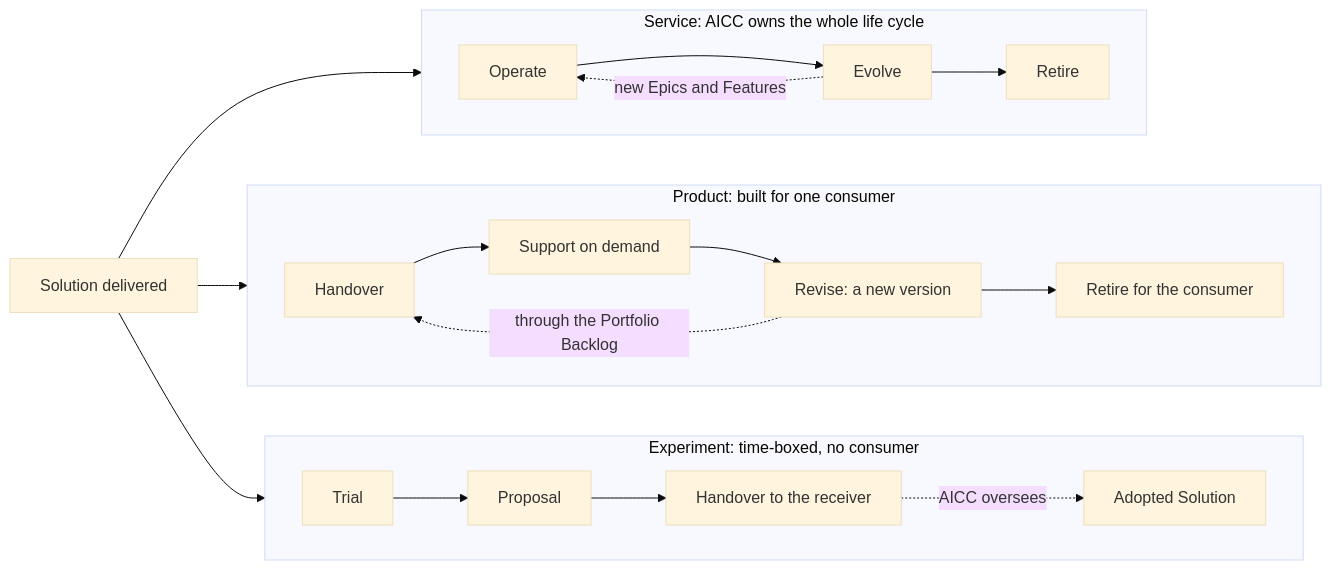
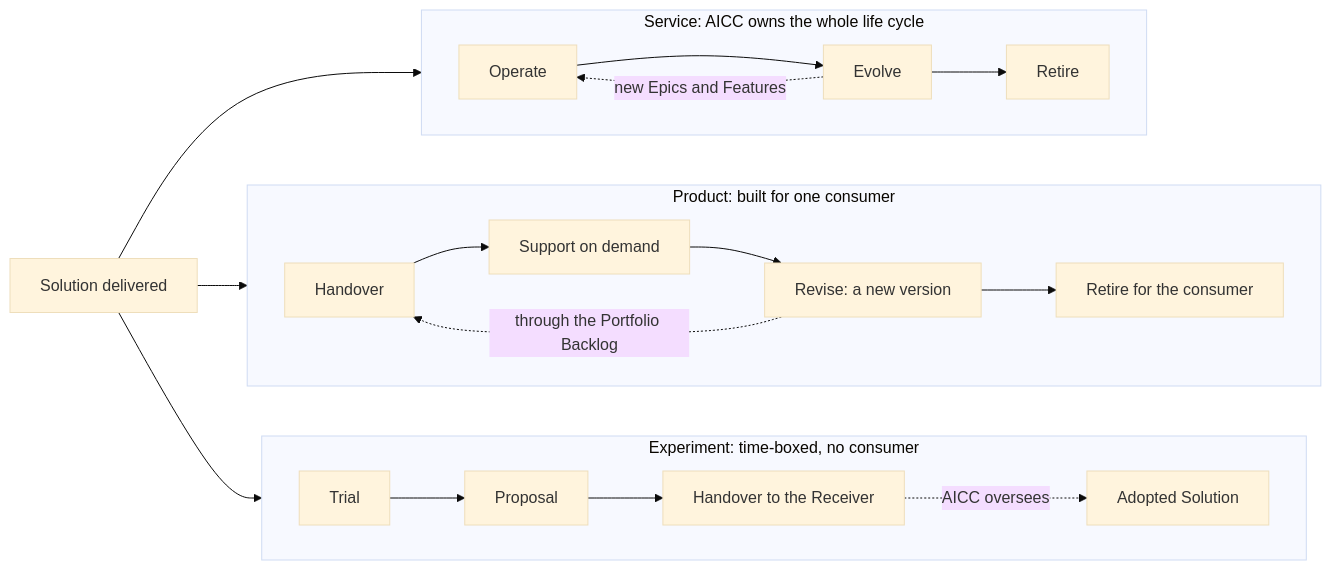
The third of 3 diagrams in charter/workflows/service-delivery.md (devhogu/ob-aicc), drawn with Mermaid (base theme) before and after one commit. The commit also changed other lines of this file and 88 other files, not shown here.

````diff
--- a/charter/workflows/service-delivery.md
+++ b/charter/workflows/service-delivery.md
@@ -133,21 +134,21 @@
 ```mermaid
 flowchart LR
   D["Solution delivered"] --> SV
   D --> PR
   D --> EX
   subgraph SV["Service: AICC owns the whole life cycle"]
     direction LR
     S1["Operate"] --> S2["Evolve"] --> S3["Retire"]
     S2 -.new Epics and Features.-> S1
   end
   subgraph PR["Product: built for one consumer"]
     direction LR
     P1["Handover"] --> P2["Support on demand"] --> P3["Revise: a new version"] --> P4["Retire for the consumer"]
     P3 -.through the Portfolio Backlog.-> P1
   end
   subgraph EX["Experiment: time-boxed, no consumer"]
     direction LR
-    X1["Trial"] --> X2["Proposal"] --> X3["Handover to the receiver"]
+    X1["Trial"] --> X2["Proposal"] --> X3["Handover to the Receiver"]
     X3 -.AICC oversees.-> A["Adopted Solution"]
   end
 ```
````
